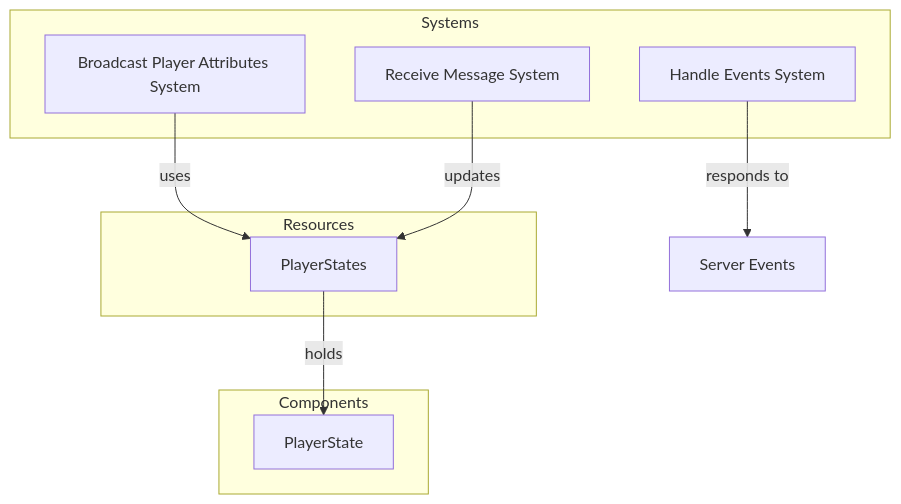
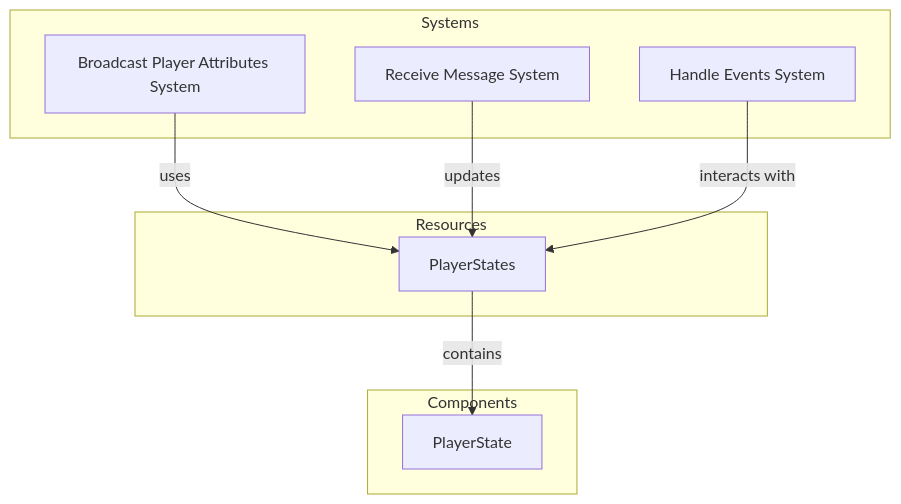
The diagram in docs/server/player.md (CuddlyBunion341/rsmc), drawn with Mermaid before and after one commit. The commit also changed other lines of this file and 12 other files, not shown here.

````diff
--- a/docs/server/player.md
+++ b/docs/server/player.md
@@ -10,21 +9,21 @@
 ```mermaid
 graph TD
     subgraph Components
         PlayerState[PlayerState]
     end
-
+    
     subgraph Resources
         PlayerStates[PlayerStates]
     end
-
+    
     subgraph Systems
         BroadcastPlayerAttributes[Broadcast Player Attributes System]
         ReceiveMessage[Receive Message System]
         HandleEvents[Handle Events System]
     end
 
-    PlayerStates -->|holds| PlayerState
+    PlayerStates -->|contains| PlayerState
     BroadcastPlayerAttributes -->|uses| PlayerStates
     ReceiveMessage -->|updates| PlayerStates
-    HandleEvents -->|responds to| ServerEvent[Server Events]
+    HandleEvents -->|interacts with| PlayerStates
 ```
````
